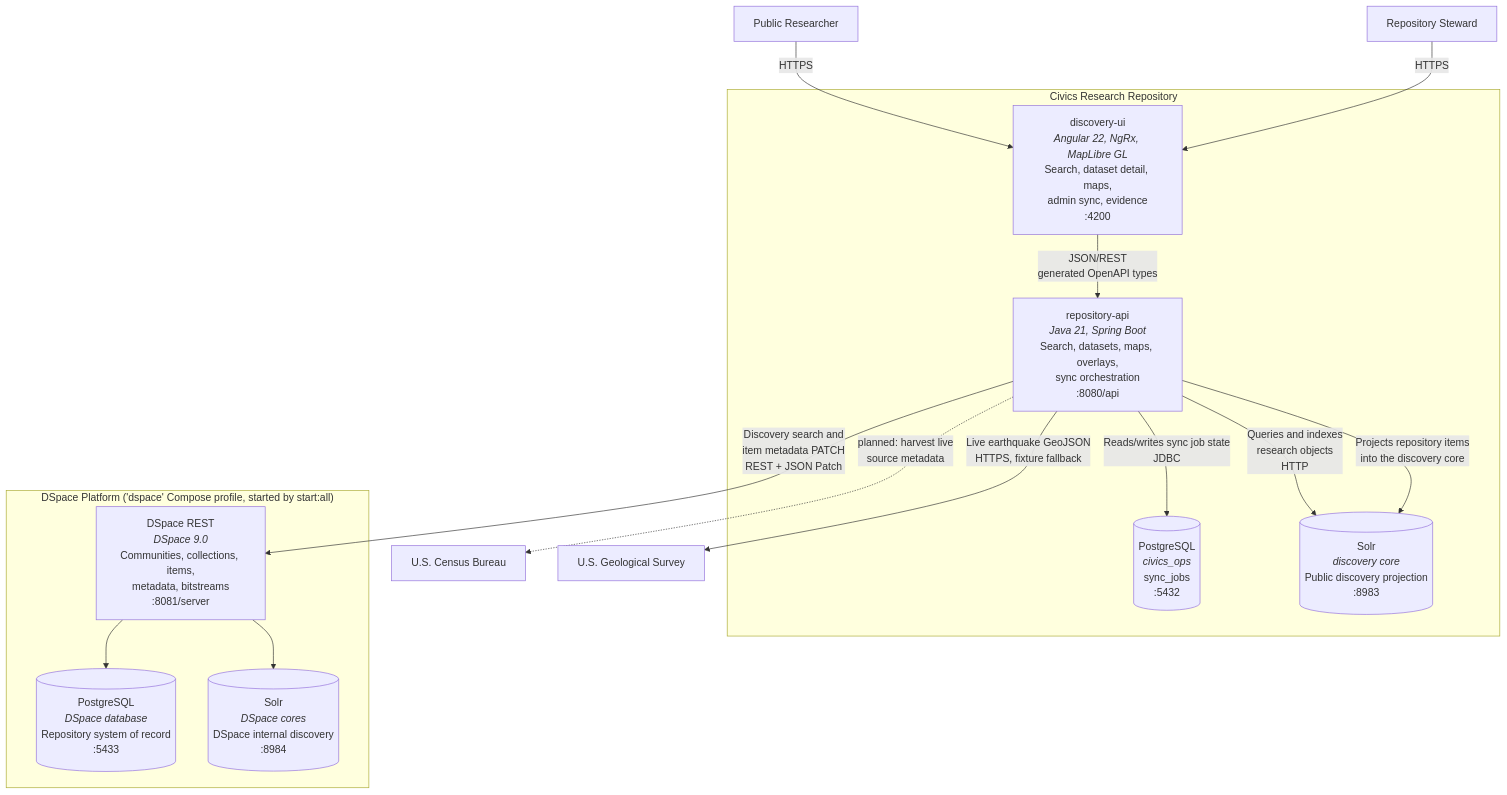
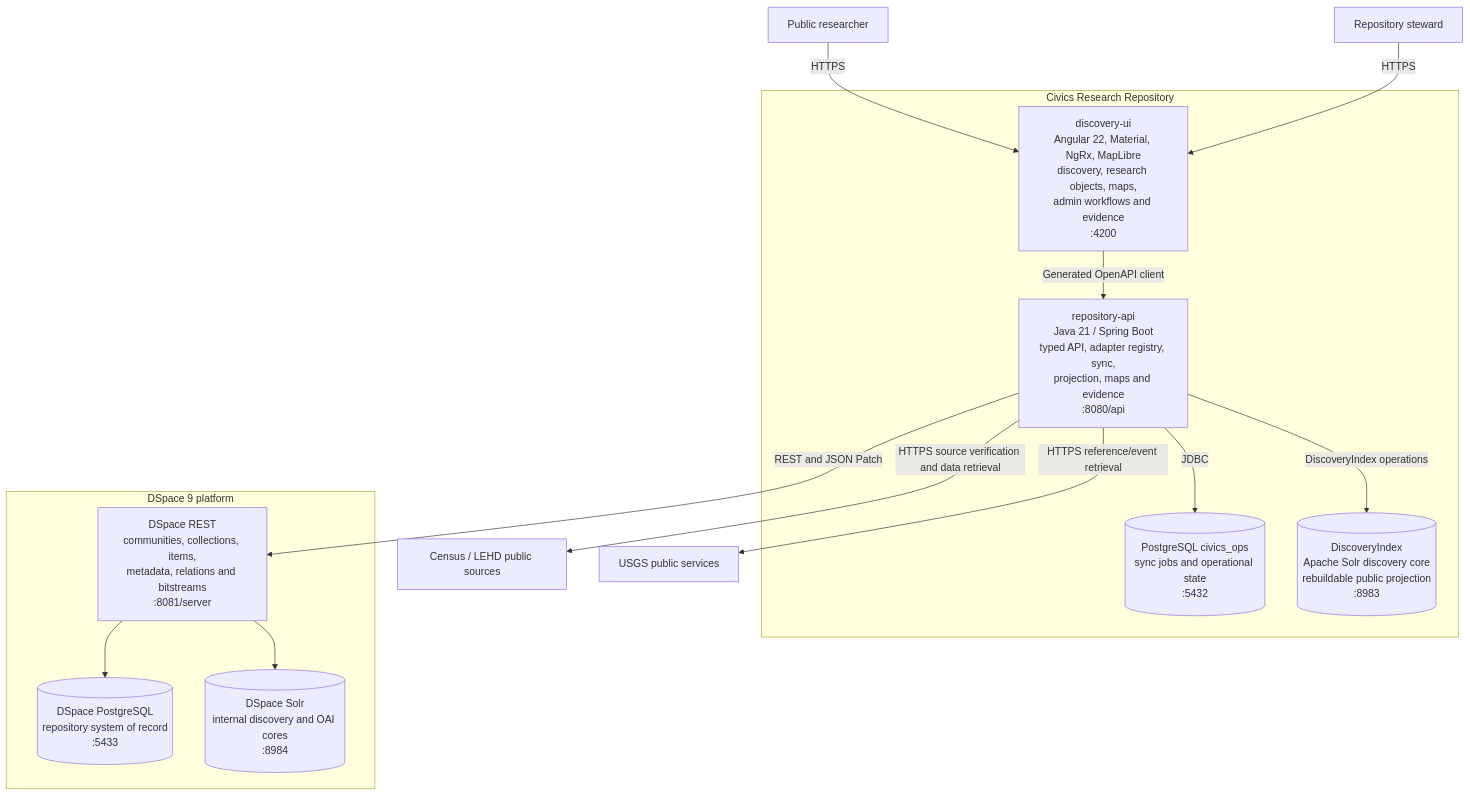
The second of 6 diagrams in documentation/architecture-diagrams.md (JeffreySanford/civics-research-repository), drawn with Mermaid before and after one commit. The commit also changed other lines of this file and 14 other files, not shown here.

First line of the commit message:
Align documentation with the current Open Science platform

````diff
--- a/documentation/architecture-diagrams.md
+++ b/documentation/architecture-diagrams.md
@@ -29,36 +27,32 @@
 ```mermaid
 flowchart TB
-    researcher["Public Researcher"]
-    steward["Repository Steward"]
+    researcher["Public researcher"]
+    steward["Repository steward"]
 
-    subgraph crr["Civics Research Repository"]
-        ui["discovery-ui<br/><i>Angular 22, NgRx, MapLibre GL</i><br/>Search, dataset detail, maps,<br/>admin sync, evidence<br/>:4200"]
-        api["repository-api<br/><i>Java 21, Spring Boot</i><br/>Search, datasets, maps, overlays,<br/>sync orchestration<br/>:8080/api"]
-        opsdb[("PostgreSQL<br/><i>civics_ops</i><br/>sync_jobs<br/>:5432")]
-        discovery[("Solr<br/><i>discovery core</i><br/>Public discovery projection<br/>:8983")]
+    subgraph app["Civics Research Repository"]
+        ui["discovery-ui<br/>Angular 22, Material, NgRx, MapLibre<br/>discovery, research objects, maps,<br/>admin workflows and evidence<br/>:4200"]
+        api["repository-api<br/>Java 21 / Spring Boot<br/>typed API, adapter registry, sync,<br/>projection, maps and evidence<br/>:8080/api"]
+        ops[("PostgreSQL civics_ops<br/>sync jobs and operational state<br/>:5432")]
+        index[("DiscoveryIndex<br/>Apache Solr discovery core<br/>rebuildable public projection<br/>:8983")]
     end
 
-    subgraph dspace["DSpace Platform ('dspace' Compose profile, started by start:all)"]
-        dsrest["DSpace REST<br/><i>DSpace 9.0</i><br/>Communities, collections, items,<br/>metadata, bitstreams<br/>:8081/server"]
-        dsdb[("PostgreSQL<br/><i>DSpace database</i><br/>Repository system of record<br/>:5433")]
-        dssolr[("Solr<br/><i>DSpace cores</i><br/>DSpace internal discovery<br/>:8984")]
+    subgraph dspace["DSpace 9 platform"]
+        rest["DSpace REST<br/>communities, collections, items,<br/>metadata, relations and bitstreams<br/>:8081/server"]
+        db[("DSpace PostgreSQL<br/>repository system of record<br/>:5433")]
+        internal[("DSpace Solr<br/>internal discovery and OAI cores<br/>:8984")]
     end
 
-    census["U.S. Census Bureau"]
-    usgs["U.S. Geological Survey"]
+    census["Census / LEHD public sources"]
+    usgs["USGS public services"]
 
     researcher -->|HTTPS| ui
     steward -->|HTTPS| ui
-    ui -->|"JSON/REST<br/>generated OpenAPI types"| api
-
-    api -->|"Reads/writes sync job state<br/>JDBC"| opsdb
-    api -->|"Queries and indexes<br/>research objects<br/>HTTP"| discovery
-    api -->|"Discovery search and<br/>item metadata PATCH<br/>REST + JSON Patch"| dsrest
-    api -->|"Live earthquake GeoJSON<br/>HTTPS, fixture fallback"| usgs
-
-    dsrest --> dsdb
-    dsrest --> dssolr
-
-    api -->|"Projects repository items<br/>into the discovery core"| discovery
-    api -.->|"planned: harvest live<br/>source metadata"| census
+    ui -->|Generated OpenAPI client| api
+    api -->|JDBC| ops
+    api -->|DiscoveryIndex operations| index
+    api -->|REST and JSON Patch| rest
+    api -->|HTTPS source verification and data retrieval| census
+    api -->|HTTPS reference/event retrieval| usgs
+    rest --> db
+    rest --> internal
 ```
````
